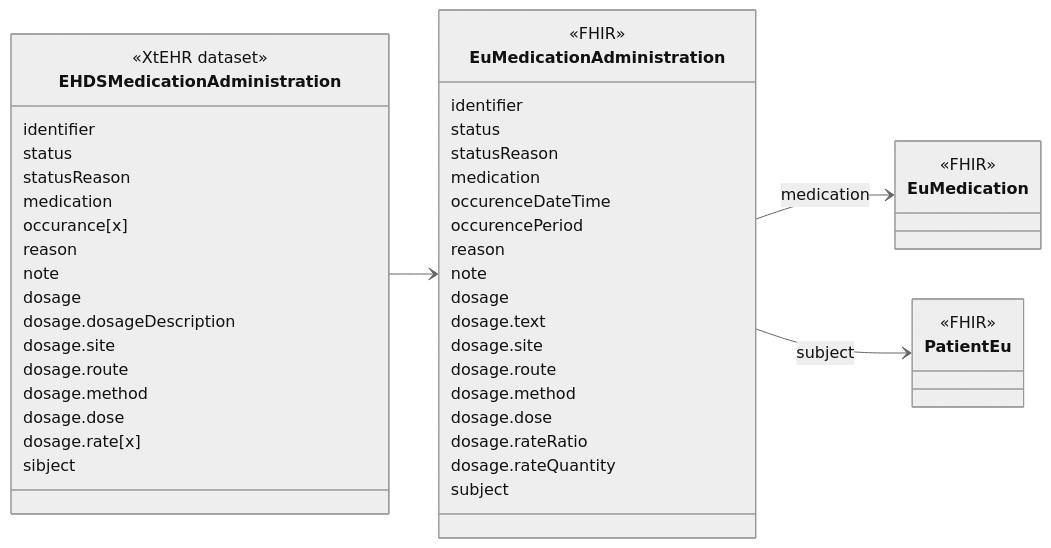
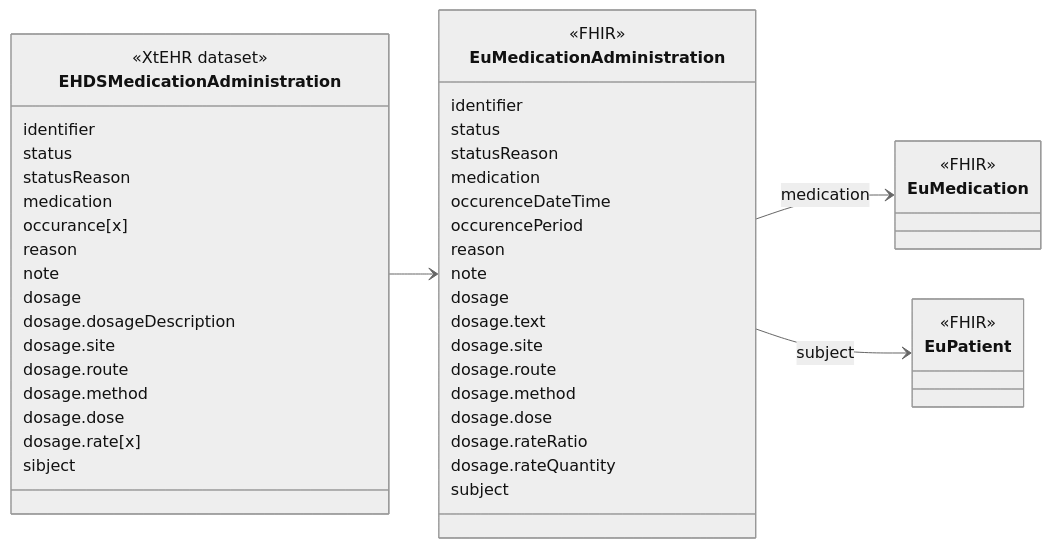
Before and after one commit to oijauregui/ehdsimaging: the diagram in input/intro-notes/ConceptMap-EHDSMedicationAdministrationMap-intro.md, drawn with Mermaid (neutral theme). The commit also changed 25 other files, not shown here.

````diff
--- a/input/intro-notes/ConceptMap-EHDSMedicationAdministrationMap-intro.md
+++ b/input/intro-notes/ConceptMap-EHDSMedicationAdministrationMap-intro.md
@@ -5,53 +5,53 @@
 ```mermaid
 classDiagram
 direction LR
 class EHDSMedicationAdministration {
   <<XtEHR dataset>>
   identifier
   status
   statusReason
   medication
   occurance[x]
   reason
   note
   dosage
   dosage.dosageDescription
   dosage.site
   dosage.route
   dosage.method
   dosage.dose
   dosage.rate[x]
   sibject
 }
 link EHDSMedicationAdministration "https://build.fhir.org/ig/Xt-EHR/xt-ehr-common/StructureDefinition-EHDSMedicationAdministration.html"
 class EuMedicationAdministration{
   <<FHIR>>
   identifier
   status
   statusReason
   medication
   occurenceDateTime
   occurencePeriod
   reason
   note
   dosage
   dosage.text
   dosage.site
   dosage.route
   dosage.method
   dosage.dose
   dosage.rateRatio
   dosage.rateQuantity
   subject
 }
 
 class EuMedication {
   <<FHIR>>
 }
-class PatientEu {
+class EuPatient {
   <<FHIR>>
 }
 EHDSMedicationAdministration --> EuMedicationAdministration
 EuMedicationAdministration --> EuMedication : medication
-EuMedicationAdministration --> PatientEu : subject
+EuMedicationAdministration --> EuPatient : subject
 ```
````
